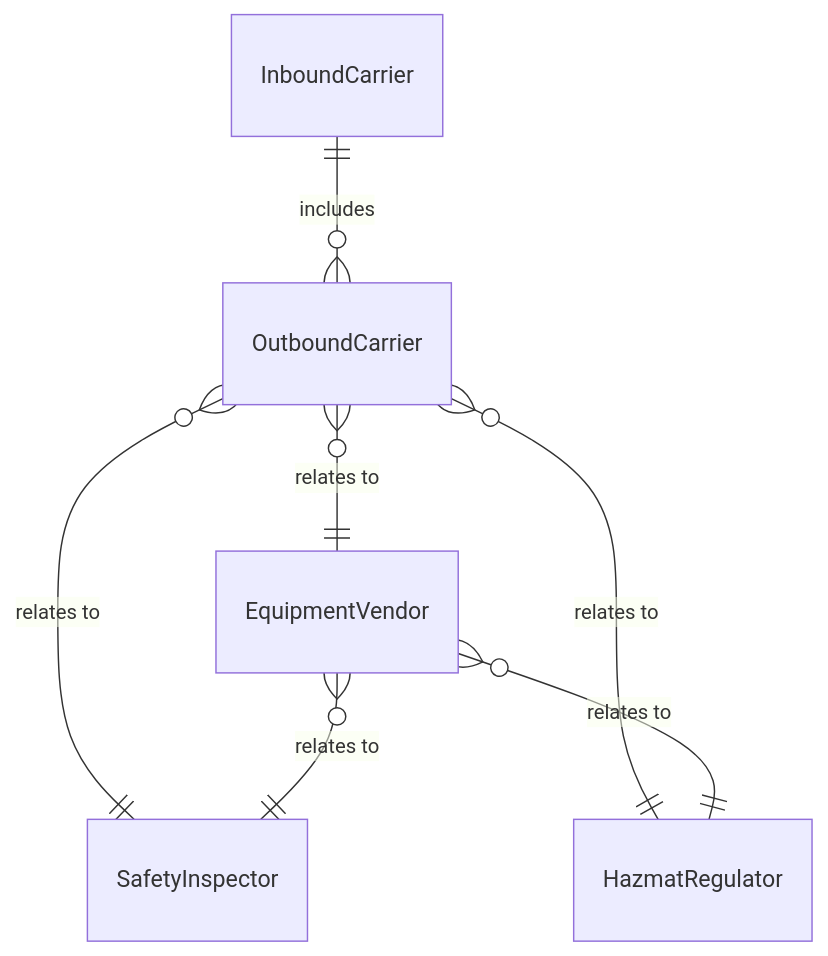
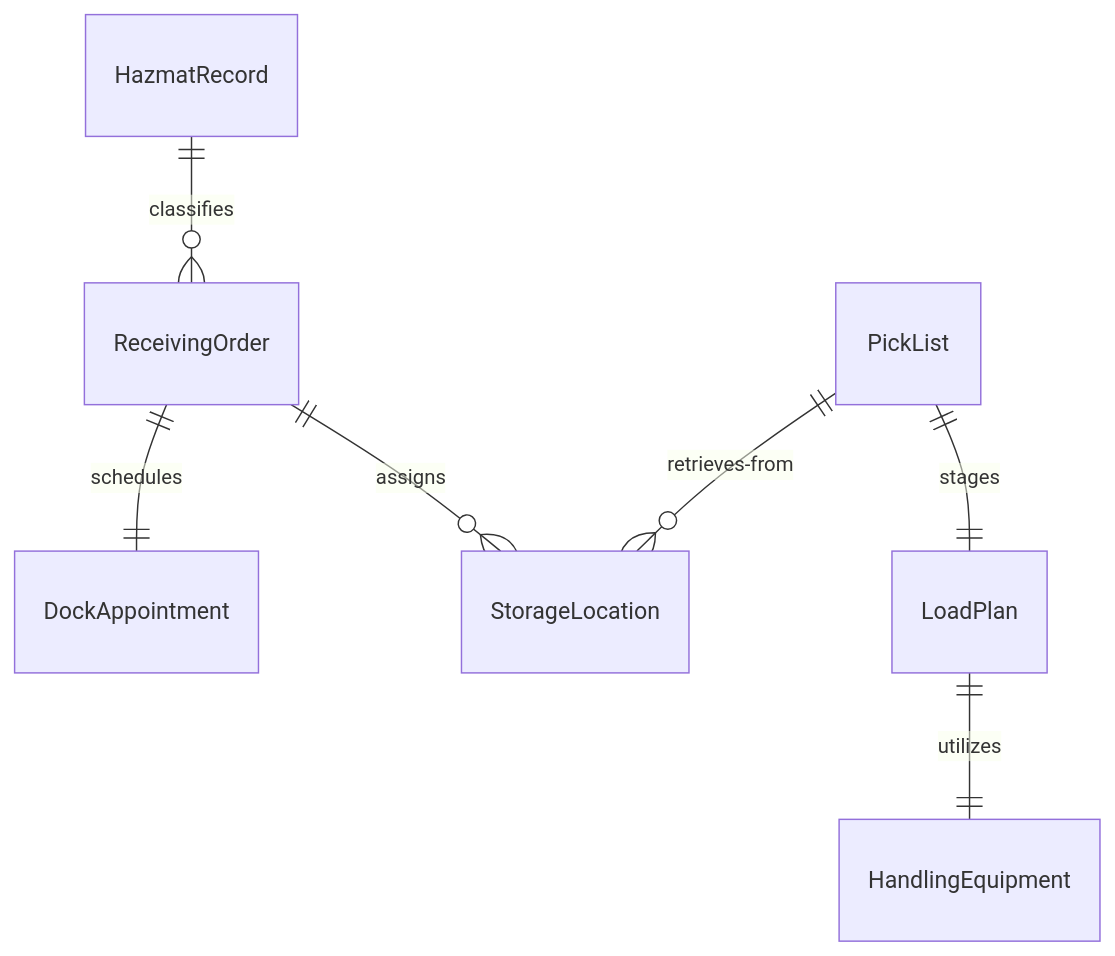
The first of 4 diagrams in GuidingDirectingAndMotivatingSubordinates/DirectOrganizationalOperationsActivitiesOrProcedures/DirectMaterialHandlingMovingActivities.mdx (dot-org-ai/tasks.org.ai), drawn with Mermaid before and after one commit. The commit also changed other lines of this file and 515 other files, not shown here.

````diff
--- a/GuidingDirectingAndMotivatingSubordinates/DirectOrganizationalOperationsActivitiesOrProcedures/DirectMaterialHandlingMovingActivities.mdx
+++ b/GuidingDirectingAndMotivatingSubordinates/DirectOrganizationalOperationsActivitiesOrProcedures/DirectMaterialHandlingMovingActivities.mdx
@@ -91,9 +91,9 @@
 ```mermaid
 erDiagram
-    InboundCarrier ||--o{ OutboundCarrier : includes
-    OutboundCarrier }o--|| EquipmentVendor : "relates to"
-    OutboundCarrier }o--|| SafetyInspector : "relates to"
-    OutboundCarrier }o--|| HazmatRegulator : "relates to"
-    EquipmentVendor }o--|| SafetyInspector : "relates to"
-    EquipmentVendor }o--|| HazmatRegulator : "relates to"
+    ReceivingOrder ||--|| DockAppointment : "schedules"
+    ReceivingOrder ||--o{ StorageLocation : "assigns"
+    PickList ||--o{ StorageLocation : "retrieves-from"
+    LoadPlan ||--|| HandlingEquipment : "utilizes"
+    PickList ||--|| LoadPlan : "stages"
+    HazmatRecord ||--o{ ReceivingOrder : "classifies"
 ```
````
